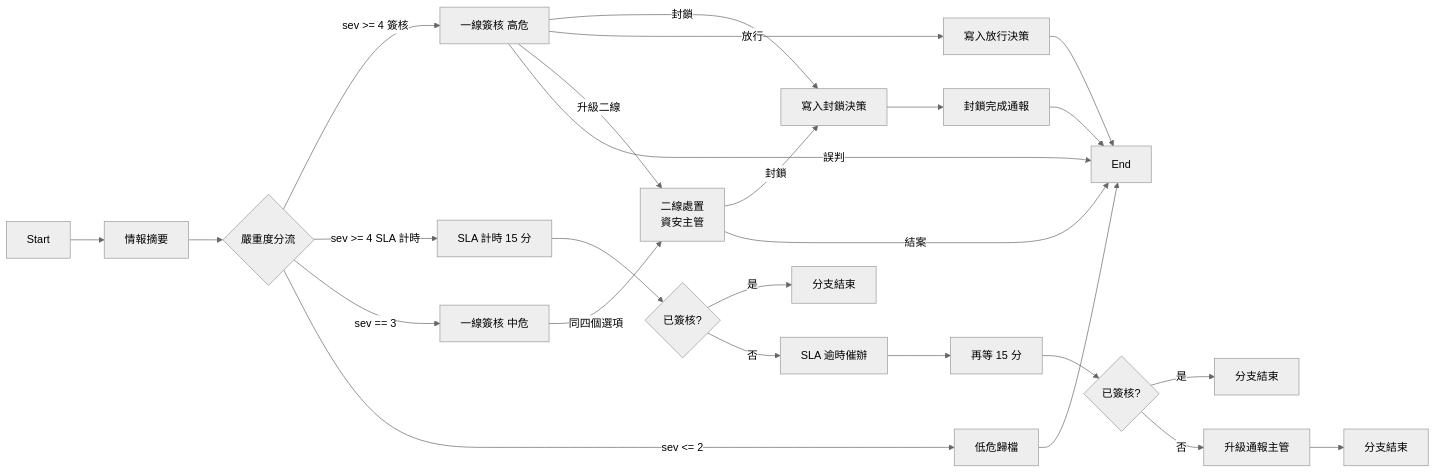
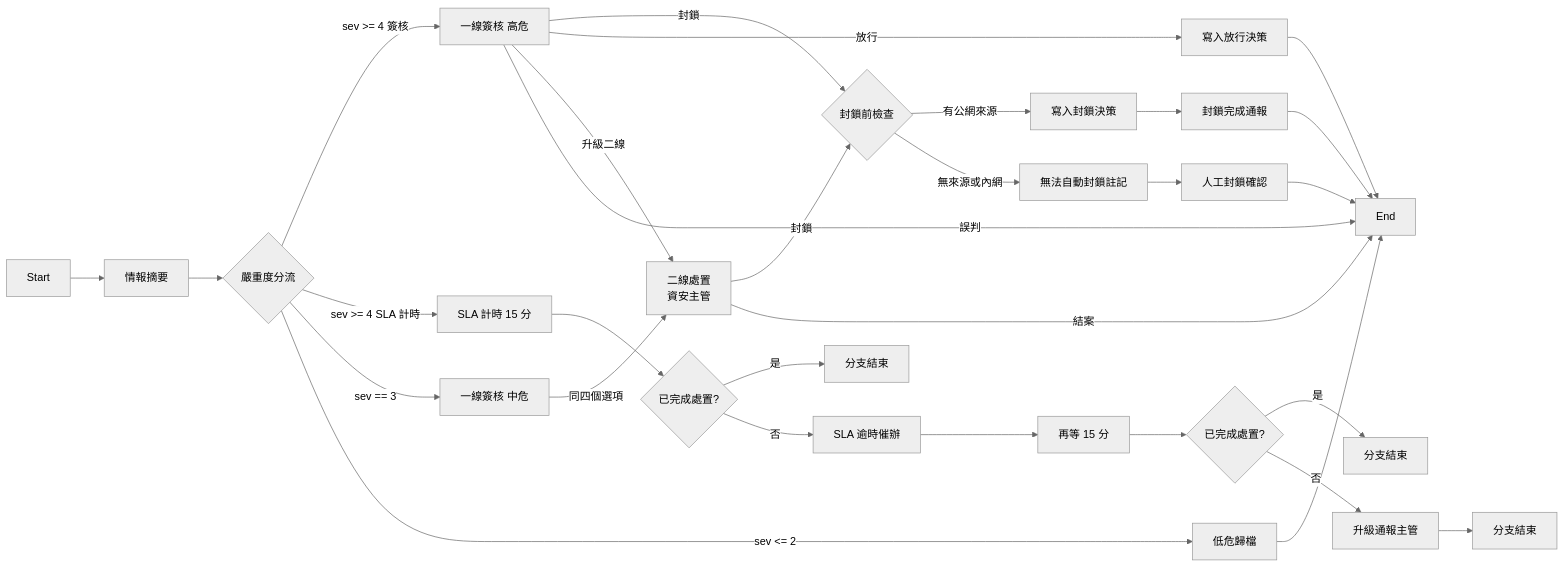
Before and after one commit to ethan-beakmask/BeakPlatform: the second of 3 diagrams in docs/manual/05_security_ops/soc_planning/workflow_variants.md, drawn with Mermaid (neutral theme). The commit also changed other lines of this file and 5 other files, not shown here.

````diff
--- a/docs/manual/05_security_ops/soc_planning/workflow_variants.md
+++ b/docs/manual/05_security_ops/soc_planning/workflow_variants.md
@@ -90,24 +90,27 @@
 ```mermaid
 flowchart LR
     S[Start] --> I[情報摘要]
     I --> B{嚴重度分流}
     B -->|sev >= 4 簽核| L1[一線簽核 高危]
     B -->|sev >= 4 SLA 計時| D1[SLA 計時 15 分]
     B -->|sev == 3| M[一線簽核 中危]
     B -->|sev <= 2| A[低危歸檔] --> E[End]
 
-    L1 -->|封鎖| BK[寫入封鎖決策] --> AB[封鎖完成通報] --> E
+    L1 -->|封鎖| CK{封鎖前檢查}
     L1 -->|放行| AL[寫入放行決策] --> E
     L1 -->|升級二線| L2[二線處置<br/>資安主管]
     L1 -->|誤判| E
     M -->|同四個選項| L2
 
-    L2 -->|封鎖| BK
+    L2 -->|封鎖| CK
     L2 -->|結案| E
 
-    D1 --> C1{已簽核?}
+    CK -->|有公網來源| BK[寫入封鎖決策] --> AB[封鎖完成通報] --> E
+    CK -->|無來源或內網| NB[無法自動封鎖註記] --> MB[人工封鎖確認] --> E
+
+    D1 --> C1{已完成處置?}
     C1 -->|是| N1[分支結束]
-    C1 -->|否| W1[SLA 逾時催辦] --> D2[再等 15 分] --> C2{已簽核?}
+    C1 -->|否| W1[SLA 逾時催辦] --> D2[再等 15 分] --> C2{已完成處置?}
     C2 -->|是| N2[分支結束]
     C2 -->|否| W2[升級通報主管] --> N3[分支結束]
 ```
````
